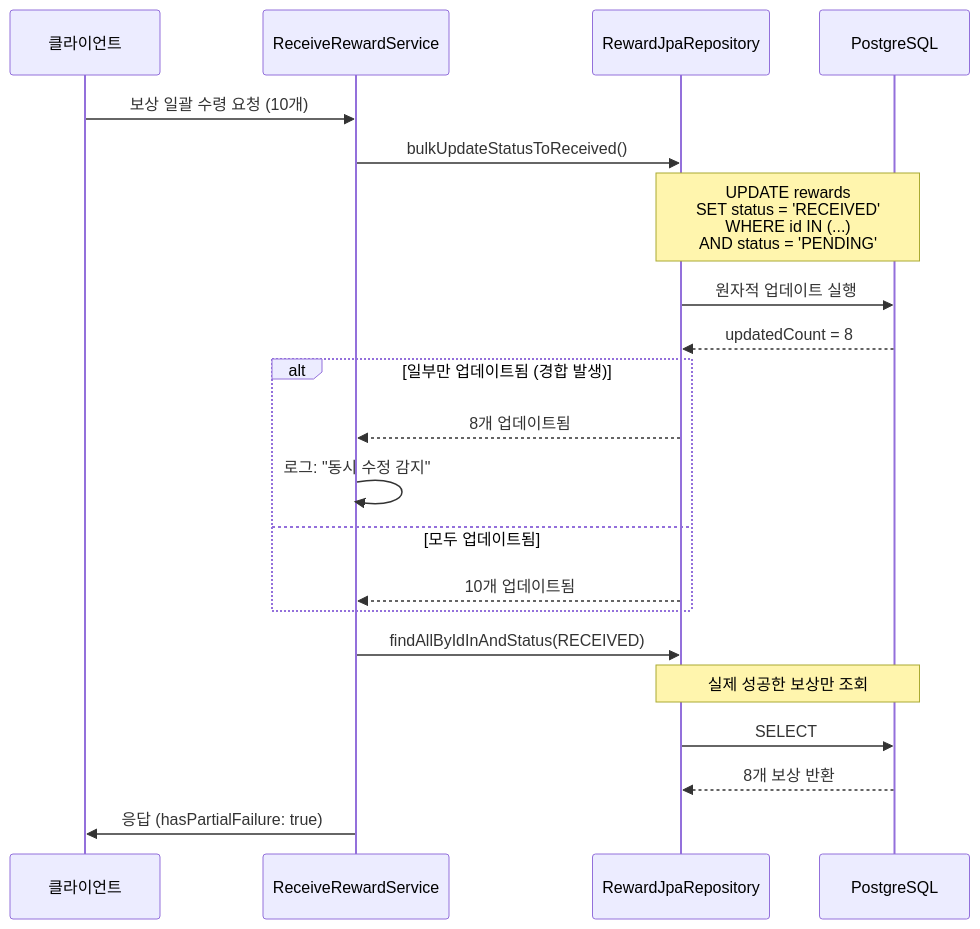
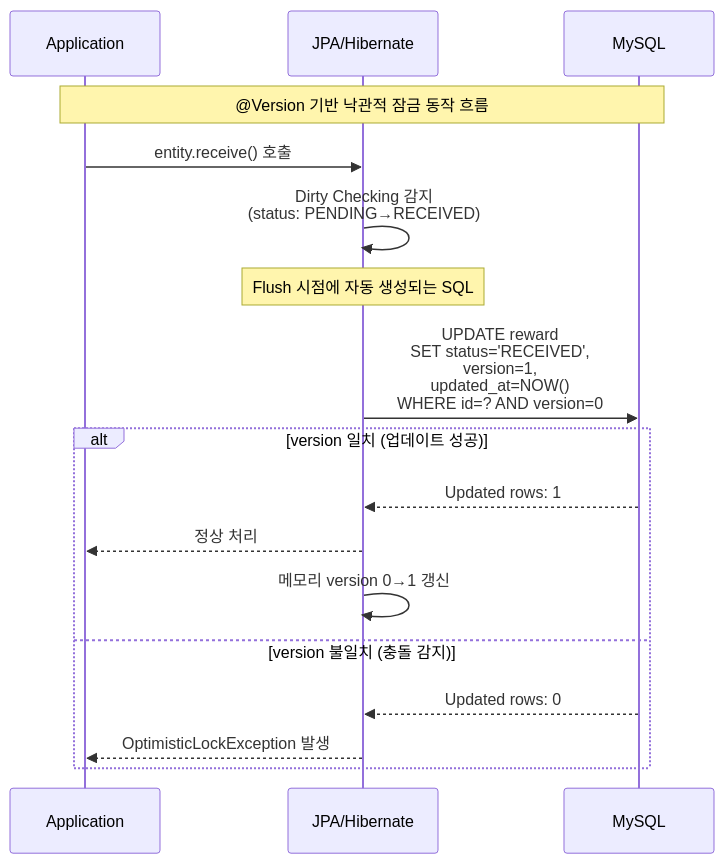
The fifth of 11 diagrams in _posts/2025-01-23-spring-jpa-bulk-reward-concurrency-control.md (jiwon11/jiwon11.github.io), drawn with Mermaid before and after one commit. The commit also changed other lines of this file and 4 other files, not shown here.

````diff
--- a/_posts/2025-01-23-spring-jpa-bulk-reward-concurrency-control.md
+++ b/_posts/2025-01-23-spring-jpa-bulk-reward-concurrency-control.md
@@ -104,29 +443,23 @@
 ```mermaid
 sequenceDiagram
-    participant Client as 클라이언트
-    participant Service as ReceiveRewardService
-    participant Repo as RewardJpaRepository
-    participant DB as PostgreSQL
+    participant App as Application
+    participant JPA as JPA/Hibernate
+    participant DB as MySQL
 
-    Client->>Service: 보상 일괄 수령 요청 (10개)
-    Service->>Repo: bulkUpdateStatusToReceived()
-    
-    Note over Repo,DB: UPDATE rewards<br/>SET status = 'RECEIVED'<br/>WHERE id IN (...)<br/>AND status = 'PENDING'
-    
-    Repo->>DB: 원자적 업데이트 실행
-    DB-->>Repo: updatedCount = 8
-    
-    alt 일부만 업데이트됨 (경합 발생)
-        Repo-->>Service: 8개 업데이트됨
-        Service->>Service: 로그: "동시 수정 감지"
-    else 모두 업데이트됨
-        Repo-->>Service: 10개 업데이트됨
+    Note over App, DB: @Version 기반 낙관적 잠금 동작 흐름
+
+    App->>JPA: entity.receive() 호출
+    JPA->>JPA: Dirty Checking 감지<br/>(status: PENDING→RECEIVED)
+
+    Note over JPA: Flush 시점에 자동 생성되는 SQL
+    JPA->>DB: UPDATE reward<br/>SET status='RECEIVED',<br/>    version=1,<br/>    updated_at=NOW()<br/>WHERE id=? AND version=0
+
+    alt version 일치 (업데이트 성공)
+        DB-->>JPA: Updated rows: 1
+        JPA-->>App: 정상 처리
+        JPA->>JPA: 메모리 version 0→1 갱신
+    else version 불일치 (충돌 감지)
+        DB-->>JPA: Updated rows: 0
+        JPA-->>App: OptimisticLockException 발생
     end
-    
-    Service->>Repo: findAllByIdInAndStatus(RECEIVED)
-    Note over Repo,DB: 실제 성공한 보상만 조회
-    Repo->>DB: SELECT
-    DB-->>Repo: 8개 보상 반환
-    
-    Service->>Client: 응답 (hasPartialFailure: true)
 ```
````
